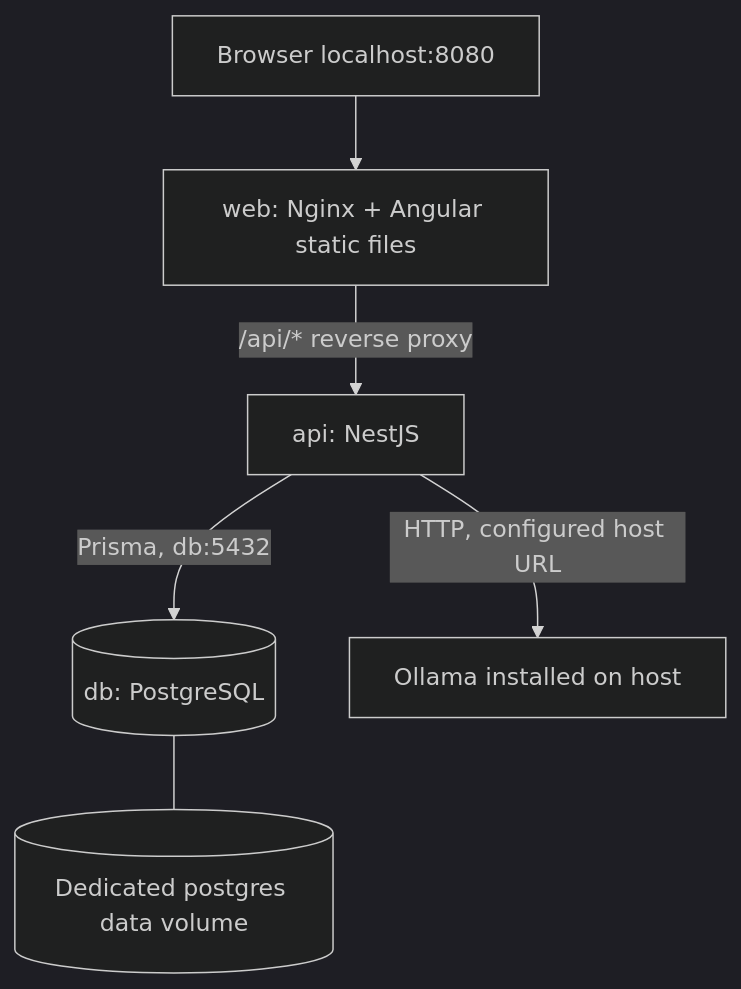
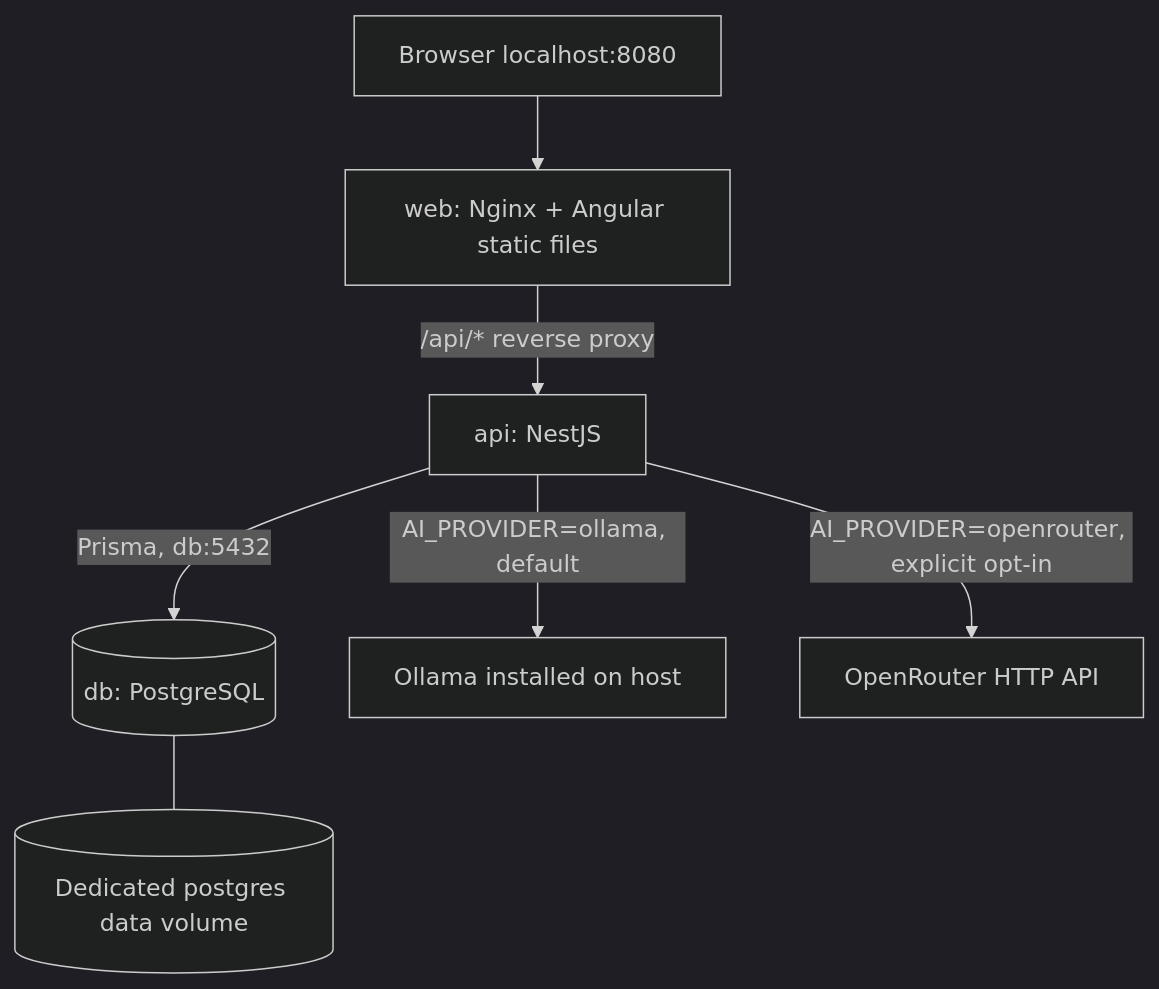
Before and after one commit to kereszteszsolt/stone-plan-ai: the diagram in docs/architecture.md, drawn with Mermaid (dark theme). The commit also changed other lines of this file and 20 other files, not shown here.

Commit message:
feat: implement TFA-005 OpenRouter integration

````diff
--- a/docs/architecture.md
+++ b/docs/architecture.md
@@ -7,8 +9,9 @@
 ```mermaid
 flowchart TD
     B[Browser localhost:8080] --> WEB[web: Nginx + Angular static files]
     WEB -->|/api/* reverse proxy| API[api: NestJS]
     API -->|Prisma, db:5432| DB[(db: PostgreSQL)]
     DB --- VOL[(Dedicated postgres data volume)]
-    API -->|HTTP, configured host URL| AI[Ollama installed on host]
+    API -->|AI_PROVIDER=ollama, default| AI[Ollama installed on host]
+    API -->|AI_PROVIDER=openrouter, explicit opt-in| CLOUD[OpenRouter HTTP API]
 ```
````
